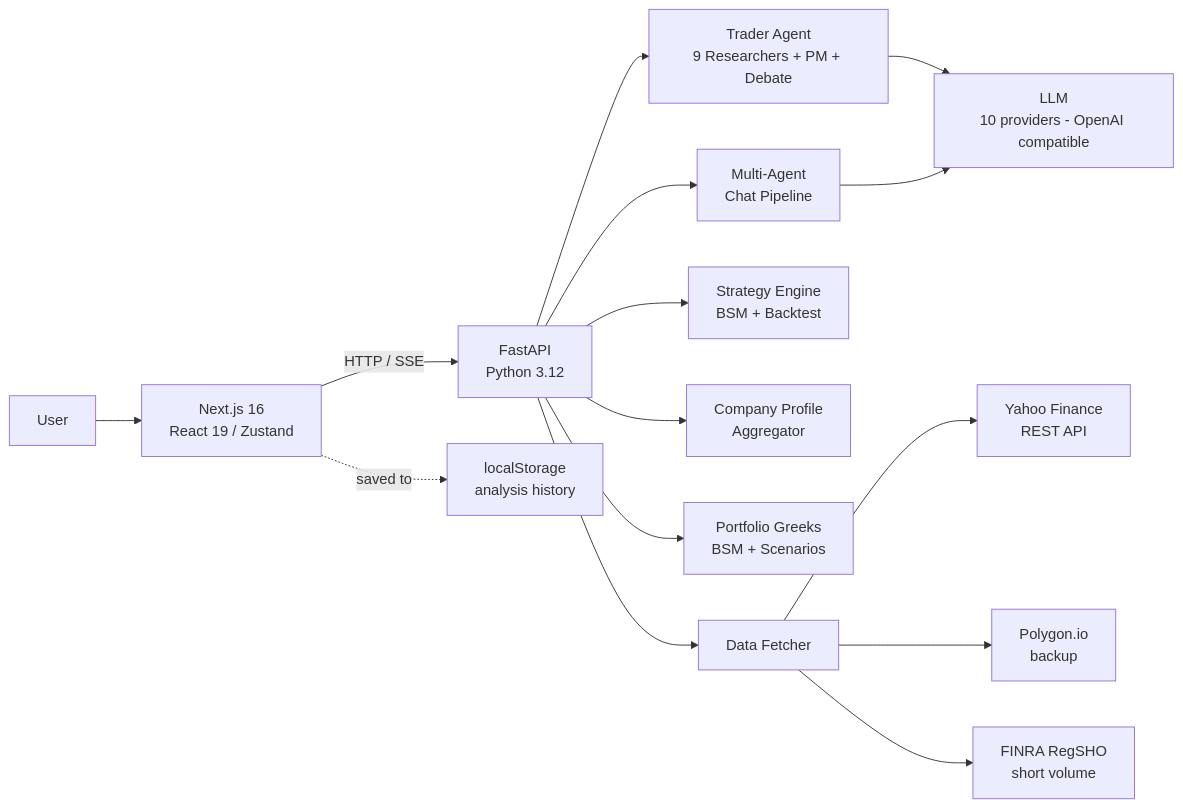
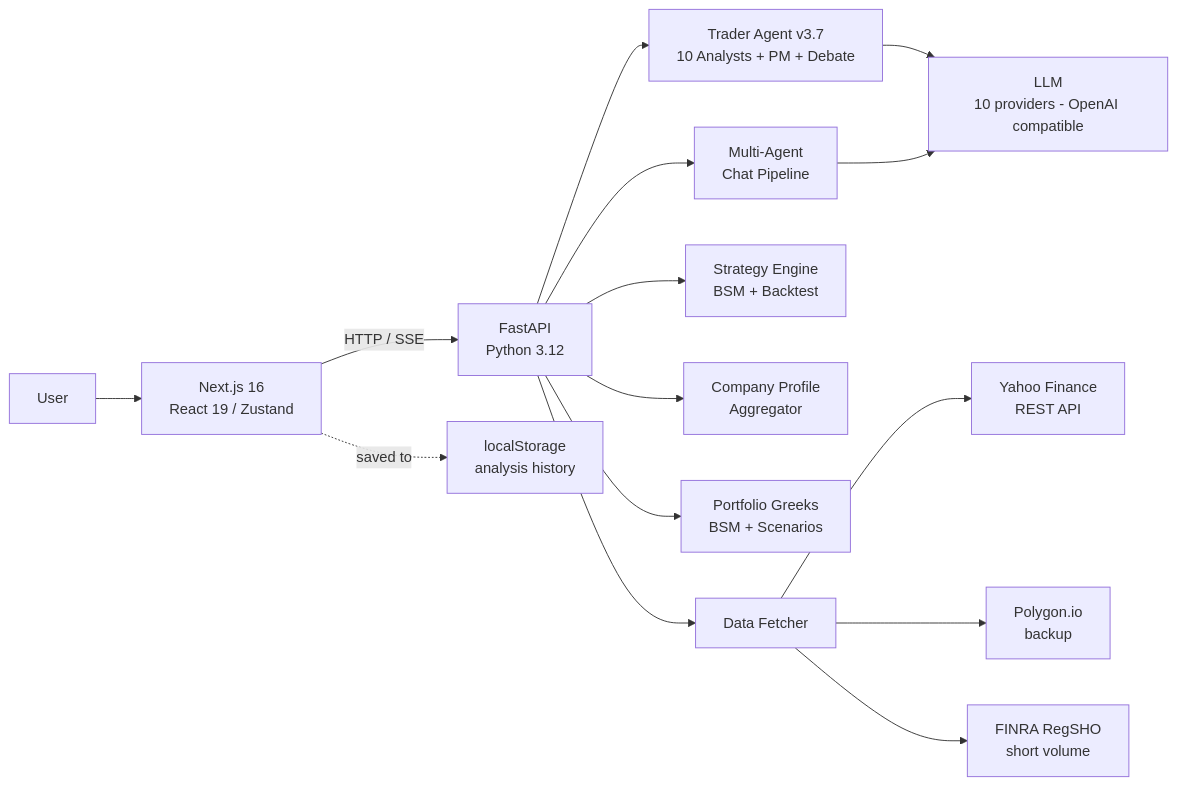
The diagram in README.md (Jose-MUJOSE/optionsai), drawn with Mermaid before and after one commit. The commit also changed other lines of this file and 2 other files, not shown here.

First line of the commit message:
docs: update README + SVGs to reflect Trader Agent v3.7 — 10 analysts

````diff
--- a/README.md
+++ b/README.md
@@ -300,17 +301,17 @@
 ```mermaid
 flowchart LR
     U["User"] --> FE["Next.js 16\nReact 19 / Zustand"]
     FE -- "HTTP / SSE" --> API["FastAPI\nPython 3.12"]
-    API --> TA["Trader Agent\n9 Researchers + PM + Debate"]
+    API --> TA["Trader Agent v3.7\n10 Analysts + PM + Debate"]
     API --> ORC["Multi-Agent\nChat Pipeline"]
     API --> SE["Strategy Engine\nBSM + Backtest"]
     API --> CP["Company Profile\nAggregator"]
     API --> PG["Portfolio Greeks\nBSM + Scenarios"]
     API --> DF["Data Fetcher"]
     TA --> LLM["LLM\n10 providers - OpenAI compatible"]
     ORC --> LLM
     DF --> YF["Yahoo Finance\nREST API"]
     DF --> PO["Polygon.io\nbackup"]
     DF --> FR["FINRA RegSHO\nshort volume"]
     FE -. "saved to" .-> LS["localStorage\nanalysis history"]
 ```
````
